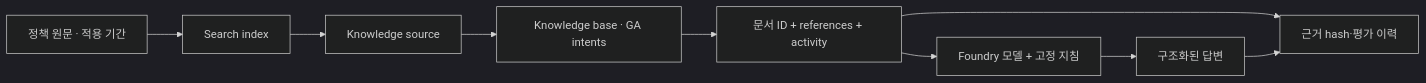
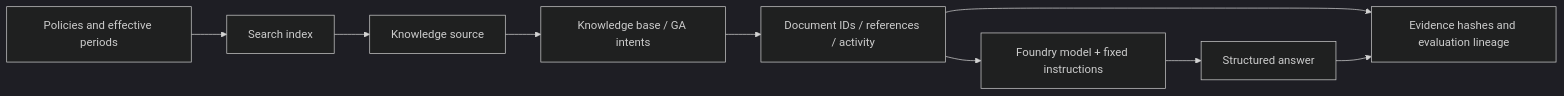
Before and after one commit to junwoojeong100/microsoft-foundry-v2-labs: the diagram in docs/labs/06-knowledge.md, drawn with Mermaid (dark theme). The commit also changed other lines of this file and 68 other files, not shown here.

````diff
--- a/docs/labs/06-knowledge.md
+++ b/docs/labs/06-knowledge.md
@@ -147,11 +146,11 @@
 ```mermaid
 flowchart LR
-    D["정책 원문 · 적용 기간"] --> I["Search index"]
+    D["Policies and effective periods"] --> I["Search index"]
     I --> S["Knowledge source"]
-    S --> K["Knowledge base · GA intents"]
-    K --> E["문서 ID + references + activity"]
-    E --> M["Foundry 모델 + 고정 지침"]
-    M --> A["구조화된 답변"]
-    E --> V["근거 hash·평가 이력"]
+    S --> K["Knowledge base / GA intents"]
+    K --> E["Document IDs / references / activity"]
+    E --> M["Foundry model + fixed instructions"]
+    M --> A["Structured answer"]
+    E --> V["Evidence hashes and evaluation lineage"]
     A --> V
 ```
````
